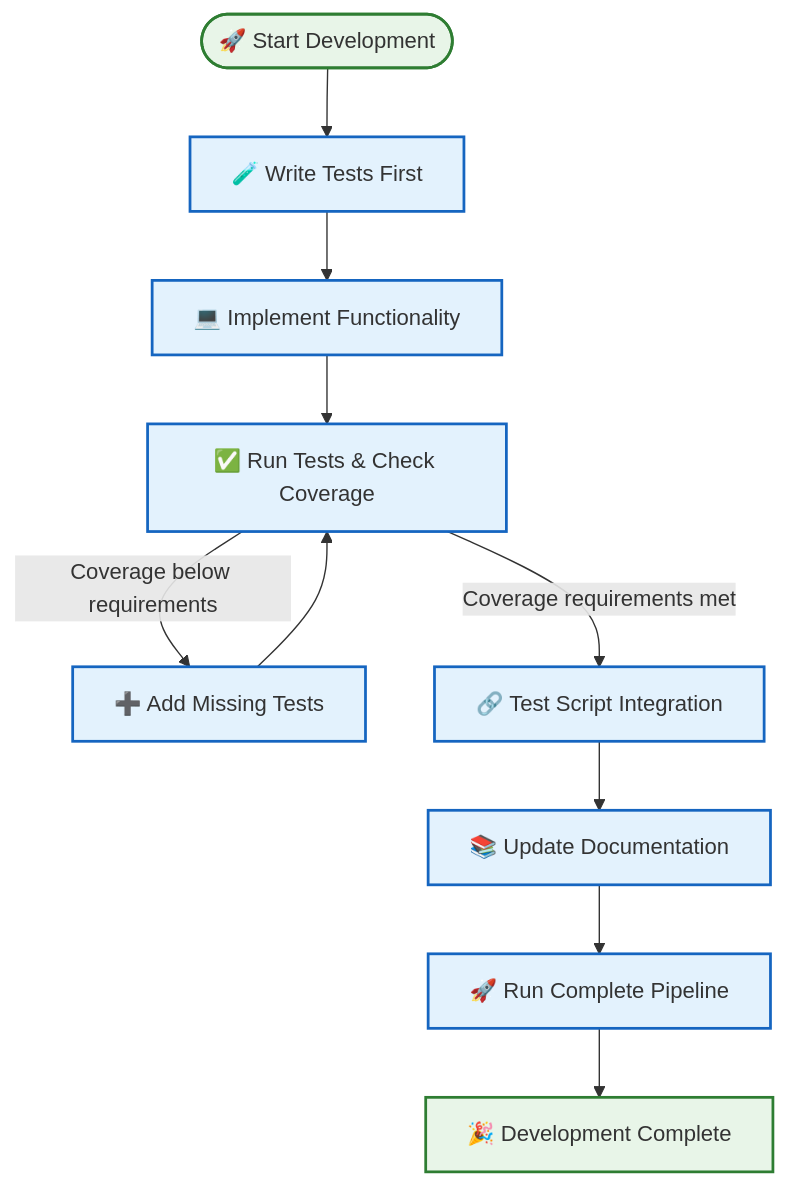
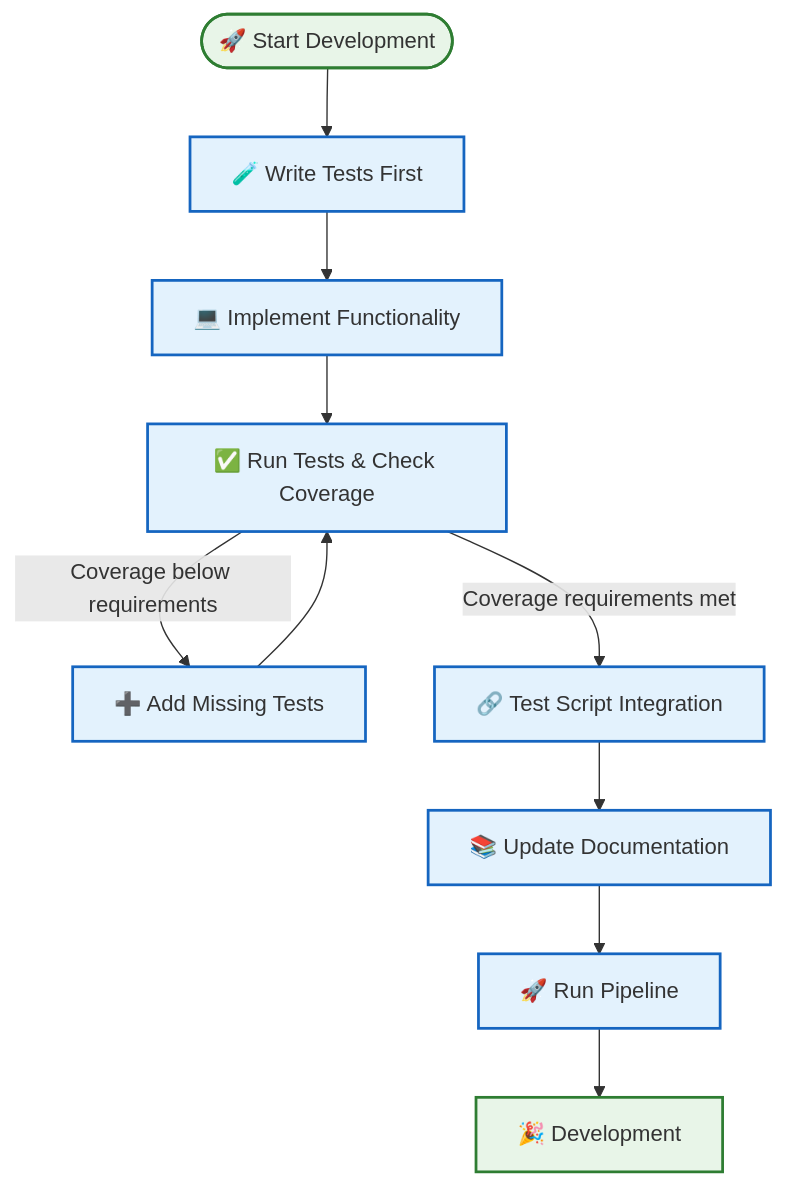
The second of 3 diagrams in docs/reference/COPYPASTA.md (docxology/template), drawn with Mermaid before and after one commit. The commit also changed other lines of this file and 1586 other files, not shown here.

````diff
--- a/docs/reference/COPYPASTA.md
+++ b/docs/reference/COPYPASTA.md
@@ -290,19 +290,19 @@
 ```mermaid
 flowchart TD
     START([🚀 Start Development]) --> TESTS[🧪 Write Tests First]
     TESTS --> IMPLEMENT[💻 Implement Functionality]
     IMPLEMENT --> VALIDATE[✅ Run Tests & Check Coverage]
     VALIDATE -->|Coverage below requirements| ADD_TESTS[➕ Add Missing Tests]
     ADD_TESTS --> VALIDATE
     VALIDATE -->|Coverage requirements met| INTEGRATION[🔗 Test Script Integration]
     INTEGRATION --> DOCS[📚 Update Documentation]
-    DOCS --> PIPELINE[🚀 Run Complete Pipeline]
-    PIPELINE --> SUCCESS[🎉 Development Complete]
+    DOCS --> PIPELINE[🚀 Run Pipeline]
+    PIPELINE --> SUCCESS[🎉 Development]
     
     classDef process fill:#e3f2fd,stroke:#1565c0,stroke-width:2px
     classDef decision fill:#fff3e0,stroke:#e65100,stroke-width:2px
     classDef success fill:#e8f5e8,stroke:#2e7d32,stroke-width:2px
     
     class TESTS,IMPLEMENT,VALIDATE,ADD_TESTS,INTEGRATION,DOCS,PIPELINE process
     class START,SUCCESS success
 ```
````
